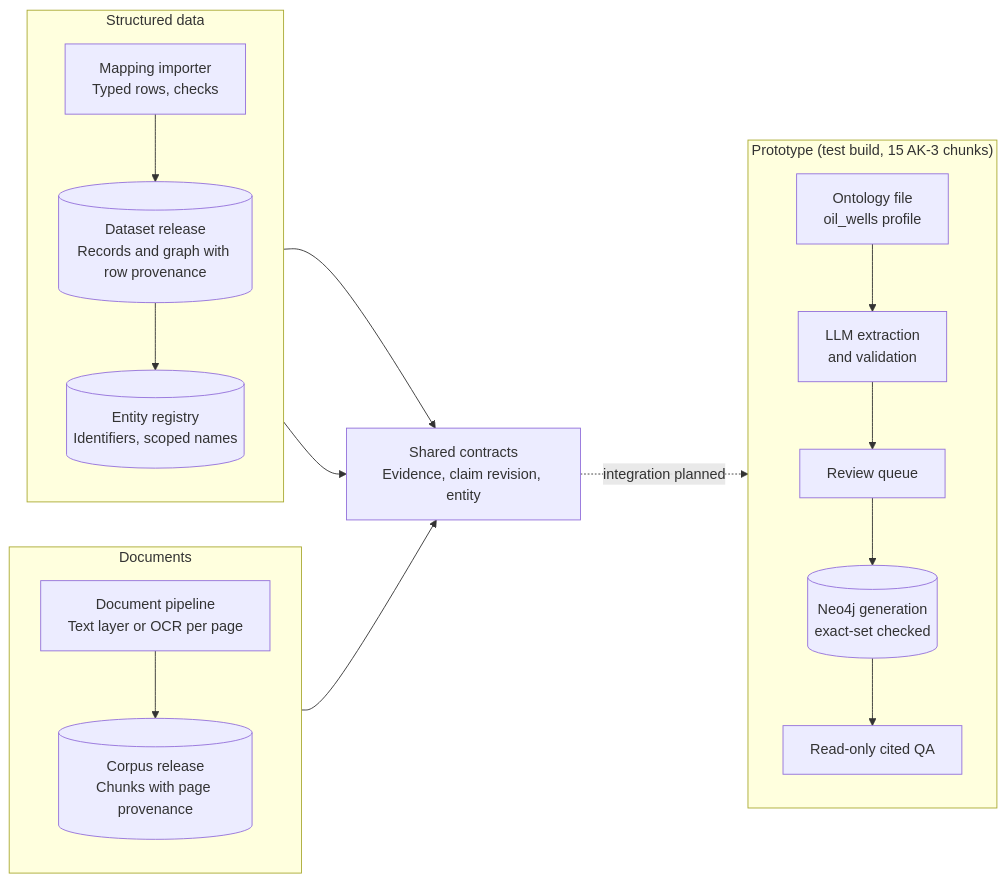
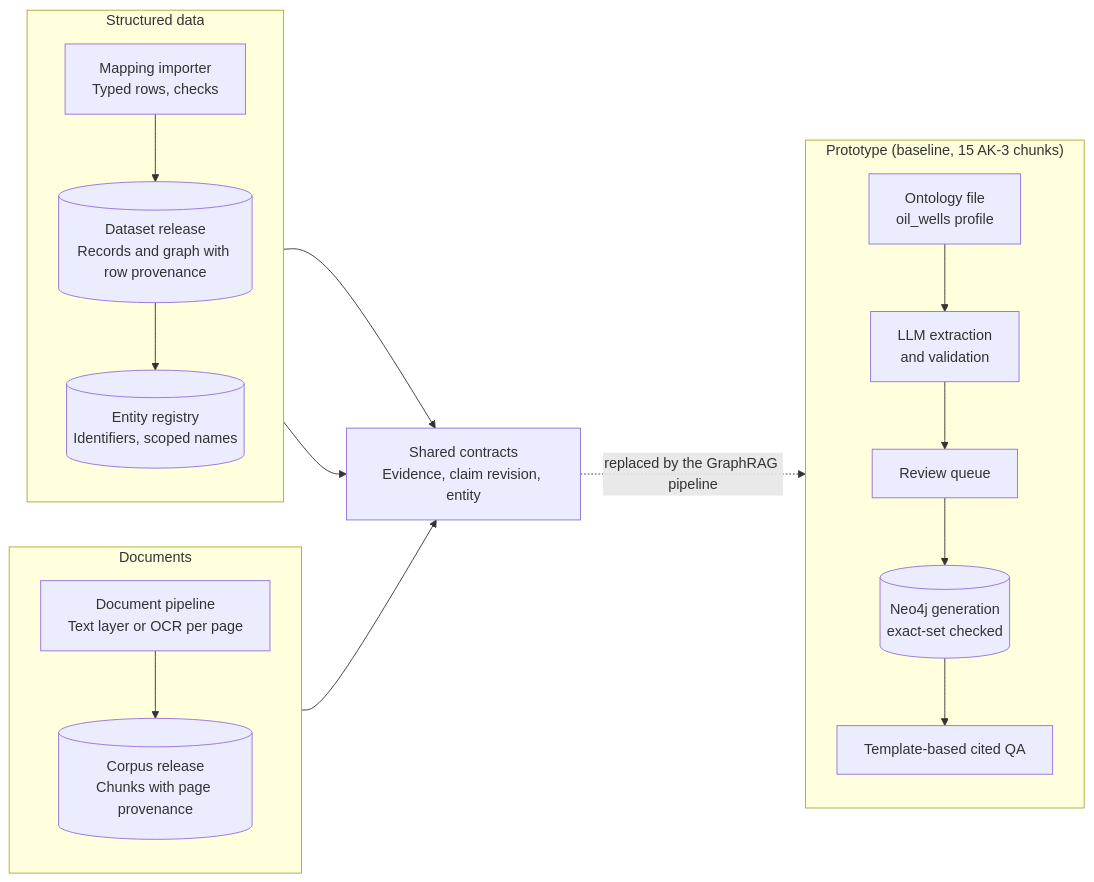
The second of 6 diagrams in docs/PROJECT_DESIGN.md (thaitri2005/Secure-O-G-LLM-and-Knowledge-Graph), drawn with Mermaid before and after one commit. The commit also changed other lines of this file and 25 other files, not shown here.

First line of the commit message:
Rewrite docs for the 28 October direction: GraphRAG on drilling reports

````diff
--- a/docs/PROJECT_DESIGN.md
+++ b/docs/PROJECT_DESIGN.md
@@ -266,22 +289,22 @@
 ```mermaid
 flowchart LR
     subgraph DOCS["Documents"]
         direction TB
         D1["Document pipeline<br/>Text layer or OCR per page"] --> D2[("Corpus release<br/>Chunks with page provenance")]
     end
     subgraph DATA["Structured data"]
         direction TB
         S1["Mapping importer<br/>Typed rows, checks"] --> S2[("Dataset release<br/>Records and graph with row provenance")]
         S2 --> S3[("Entity registry<br/>Identifiers, scoped names")]
     end
     D2 --> C["Shared contracts<br/>Evidence, claim revision, entity"]
     S2 --> C
     S3 --> C
-    subgraph PROTO["Prototype (test build, 15 AK-3 chunks)"]
+    subgraph PROTO["Prototype (baseline, 15 AK-3 chunks)"]
         direction TB
         P0["Ontology file<br/>oil_wells profile"] --> P1["LLM extraction<br/>and validation"]
         P1 --> P2["Review queue"] --> P3[("Neo4j generation<br/>exact-set checked")]
-        P3 --> P4["Read-only cited QA"]
+        P3 --> P4["Template-based cited QA"]
     end
-    C -. "integration planned" .-> PROTO
+    C -. "replaced by the GraphRAG pipeline" .-> PROTO
 ```
````
